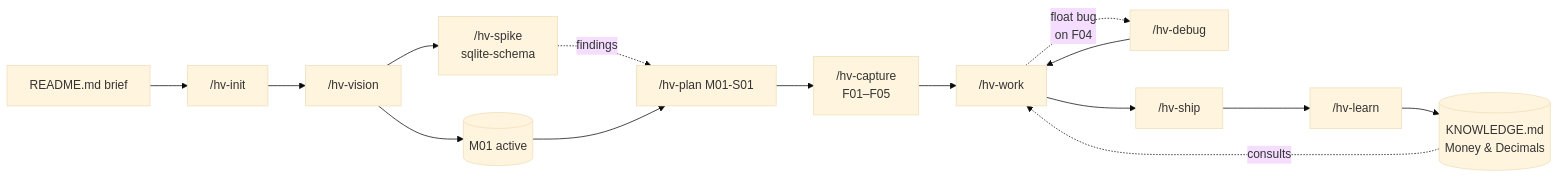
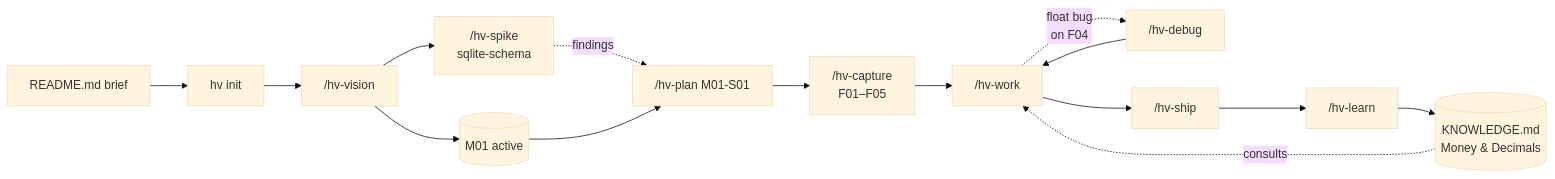
The diagram in docs/walkthroughs/greenfield-from-brief.md (l4ci/hv-skills), drawn with Mermaid (base theme) before and after one commit. The commit also changed other lines of this file and 42 other files, not shown here.

````diff
--- a/docs/walkthroughs/greenfield-from-brief.md
+++ b/docs/walkthroughs/greenfield-from-brief.md
@@ -21,17 +21,17 @@
 ```mermaid
 flowchart LR
-  BRIEF[README.md brief] --> INIT["/hv-init"]
+  BRIEF[README.md brief] --> INIT["hv init"]
   INIT --> VISION["/hv-vision"]
   VISION --> MILES[(M01 active)]
   VISION --> SPIKE["/hv-spike<br/>sqlite-schema"]
   SPIKE -.findings.-> PLAN["/hv-plan M01-S01"]
   MILES --> PLAN
   PLAN --> CAP["/hv-capture<br/>F01–F05"]
   CAP --> WORK["/hv-work"]
   WORK -.float bug<br/>on F04.-> DEBUG["/hv-debug"]
   DEBUG --> WORK
   WORK --> SHIP["/hv-ship"]
   SHIP --> LEARN["/hv-learn"]
   LEARN --> KNOW[(KNOWLEDGE.md<br/>Money & Decimals)]
   KNOW -.consults.-> WORK
 ```
````
